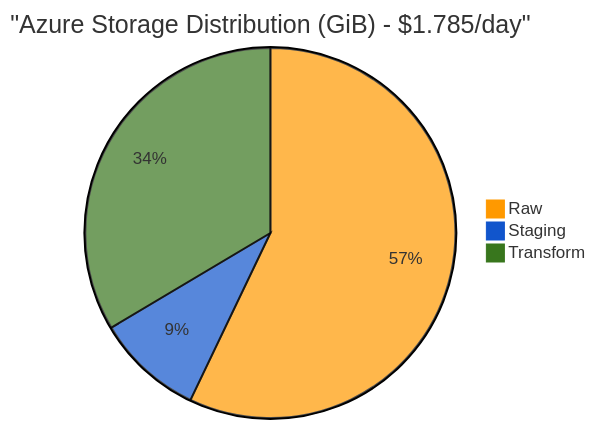
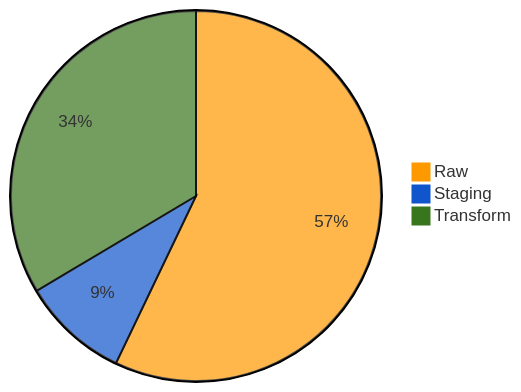
One commit to nhudinh2103/Multi-platform-comparison-NYC-Taxi-dataset changed the first of 3 diagrams in README.md. Above: the diagram before and after it, drawn with Mermaid. The commit also changed other lines of this file, not shown here.

````diff
--- a/README.md
+++ b/README.md
@@ -276,8 +278,7 @@
 ```mermaid
 %%{init: {'theme': 'base', 'themeVariables': { 'pie1': '#ff9900', 'pie2': '#1155cc', 'pie3': '#38761d'}}}%%
 pie
-    title "Azure Storage Distribution (GiB) - $1.785/day"
     "Raw" : 223.13
     "Staging" : 36.53
     "Transform" : 131.07
 ```
````
